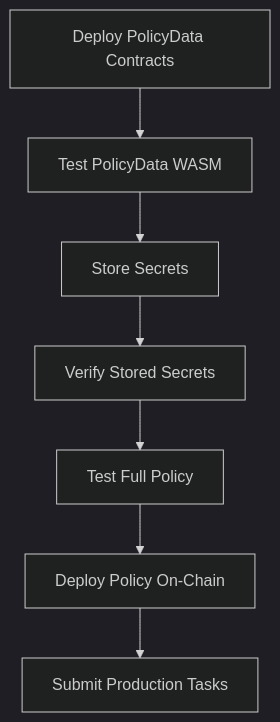
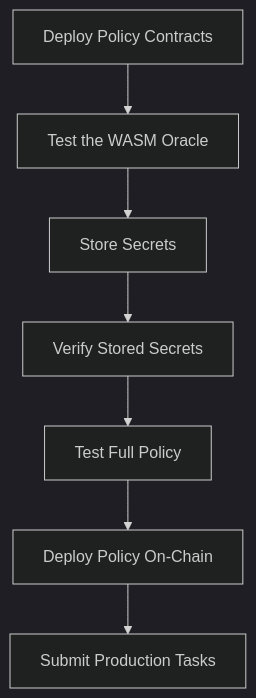
One commit to newt-foundation/newton-sdk changed the diagram in site/src/pages/developers/reference/rpc-api.mdx. Above: the diagram before and after it, drawn with Mermaid (dark theme). The commit also changed other lines of this file and 24 other files, not shown here.

First line of the commit message:
Update docs for the NewtonPolicyData fold

````diff
--- a/site/src/pages/developers/reference/rpc-api.mdx
+++ b/site/src/pages/developers/reference/rpc-api.mdx
@@ -1362,9 +1308,9 @@
 ```mermaid
 flowchart TD
-    A[Deploy PolicyData Contracts] --> B[Test PolicyData WASM]
+    A[Deploy Policy Contracts] --> B[Test the WASM Oracle]
     B --> C[Store Secrets]
     C --> D[Verify Stored Secrets]
     D --> E[Test Full Policy]
     E --> F[Deploy Policy On-Chain]
     F --> G[Submit Production Tasks]
 ```
````
